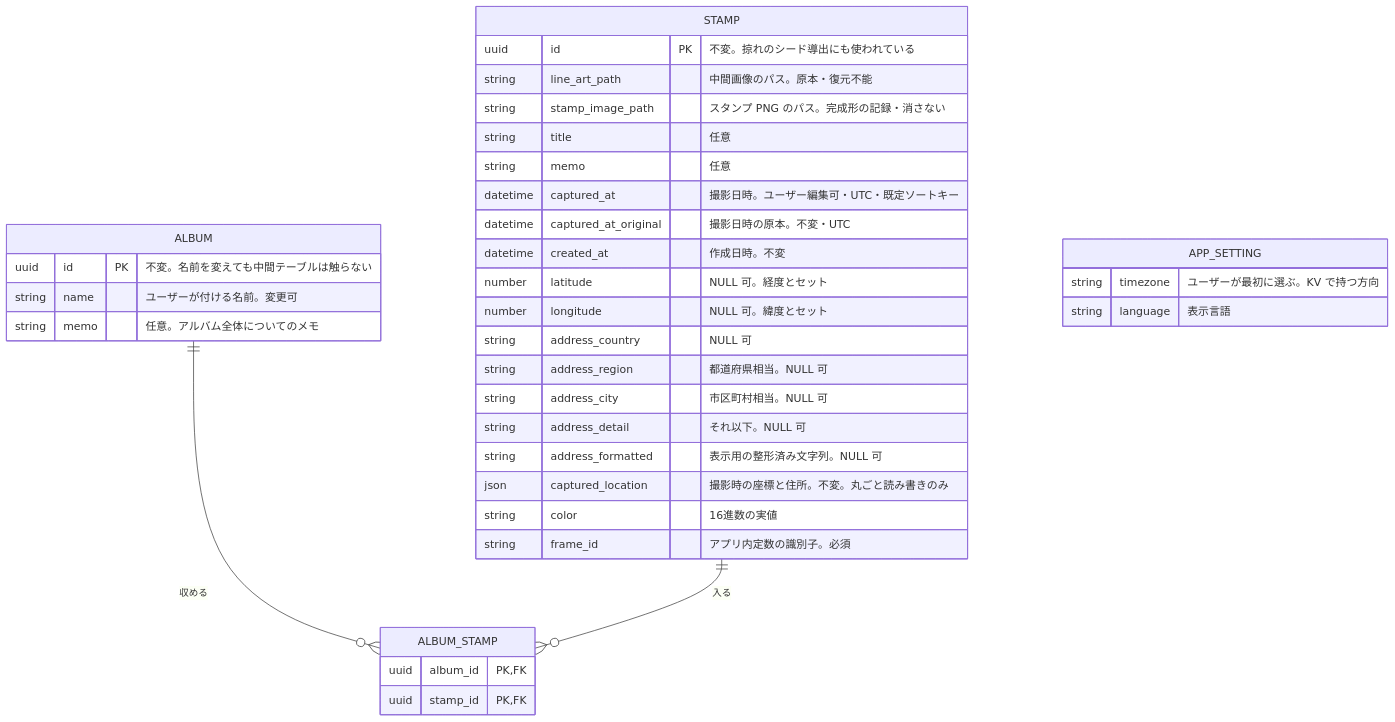
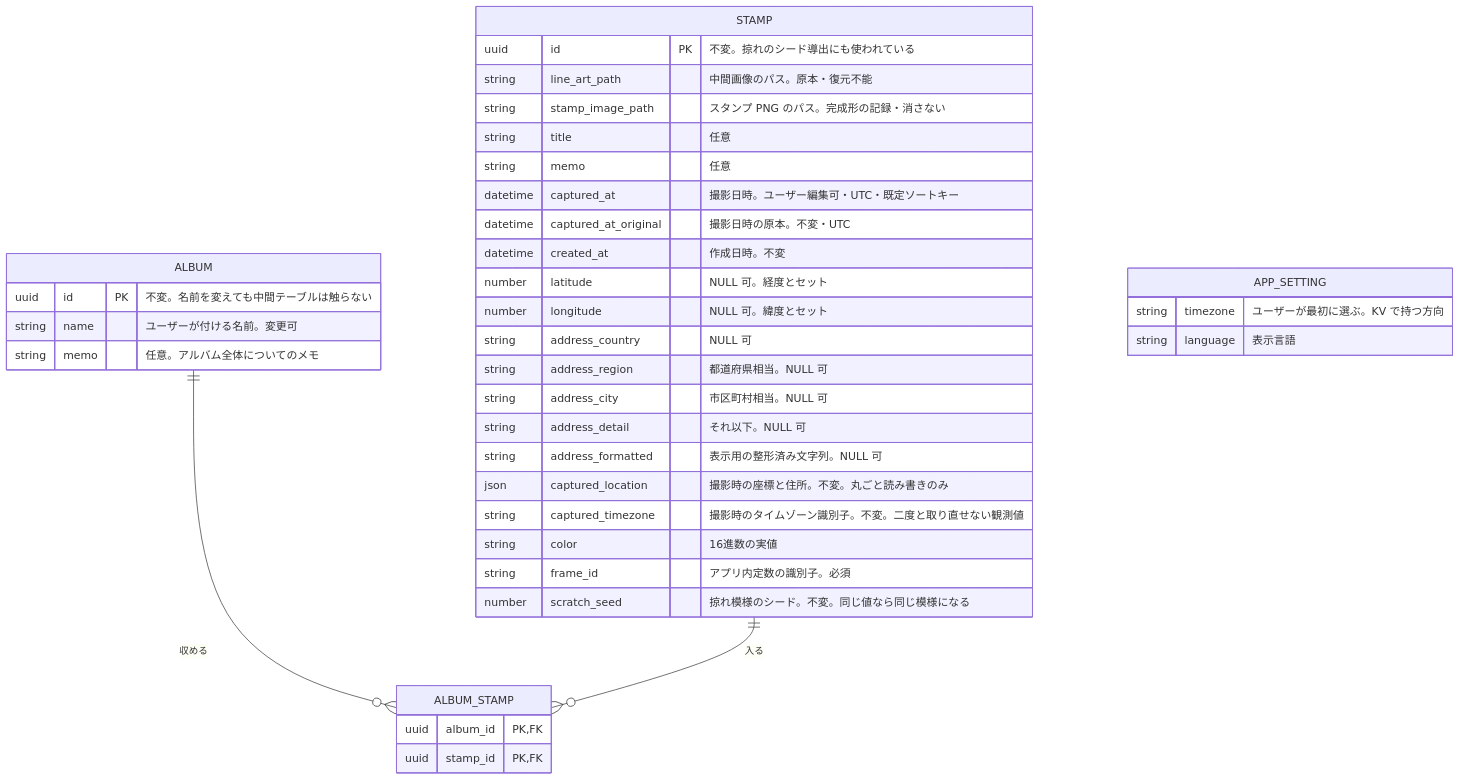
Before and after one commit to monarizzz/tabipon: the first of 3 diagrams in docs/data-model.md, drawn with Mermaid. The commit also changed other lines of this file, not shown here.

````diff
--- a/docs/data-model.md
+++ b/docs/data-model.md
@@ -113,42 +113,44 @@
 ```mermaid
 erDiagram
     STAMP {
         uuid id PK "不変。掠れのシード導出にも使われている"
         string line_art_path "中間画像のパス。原本・復元不能"
         string stamp_image_path "スタンプ PNG のパス。完成形の記録・消さない"
         string title "任意"
         string memo "任意"
         datetime captured_at "撮影日時。ユーザー編集可・UTC・既定ソートキー"
         datetime captured_at_original "撮影日時の原本。不変・UTC"
         datetime created_at "作成日時。不変"
         number latitude "NULL 可。経度とセット"
         number longitude "NULL 可。緯度とセット"
         string address_country "NULL 可"
         string address_region "都道府県相当。NULL 可"
         string address_city "市区町村相当。NULL 可"
         string address_detail "それ以下。NULL 可"
         string address_formatted "表示用の整形済み文字列。NULL 可"
         json captured_location "撮影時の座標と住所。不変。丸ごと読み書きのみ"
+        string captured_timezone "撮影時のタイムゾーン識別子。不変。二度と取り直せない観測値"
         string color "16進数の実値"
         string frame_id "アプリ内定数の識別子。必須"
+        number scratch_seed "掠れ模様のシード。不変。同じ値なら同じ模様になる"
     }
 
     ALBUM {
         uuid id PK "不変。名前を変えても中間テーブルは触らない"
         string name "ユーザーが付ける名前。変更可"
         string memo "任意。アルバム全体についてのメモ"
     }
 
     ALBUM_STAMP {
         uuid album_id PK,FK
         uuid stamp_id PK,FK
     }
 
     APP_SETTING {
         string timezone "ユーザーが最初に選ぶ。KV で持つ方向"
         string language "表示言語"
     }
 
     ALBUM ||--o{ ALBUM_STAMP : "収める"
     STAMP ||--o{ ALBUM_STAMP : "入る"
 ```
````
